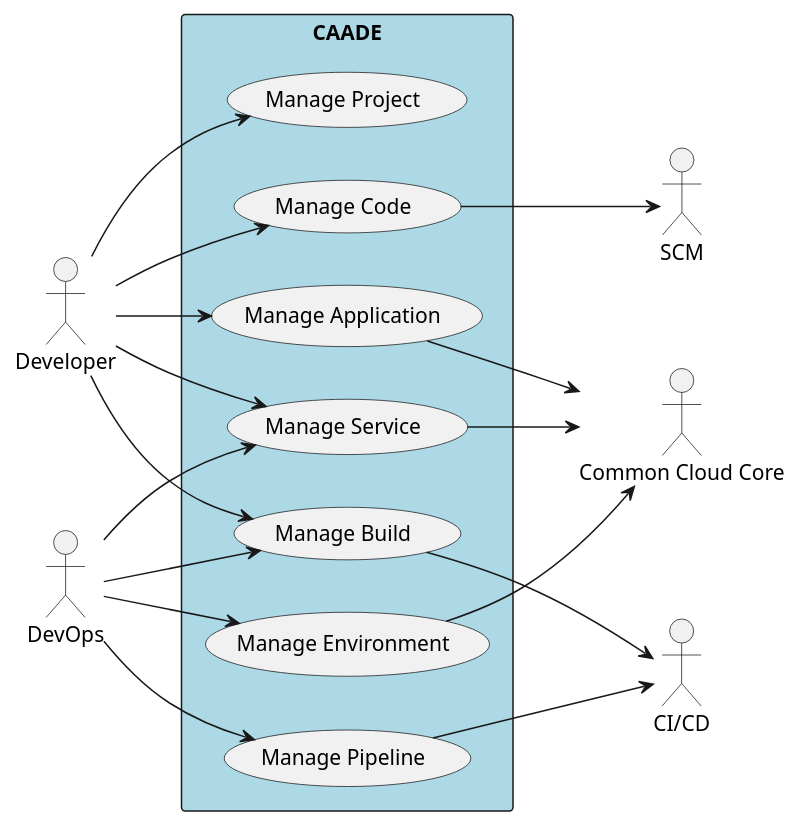
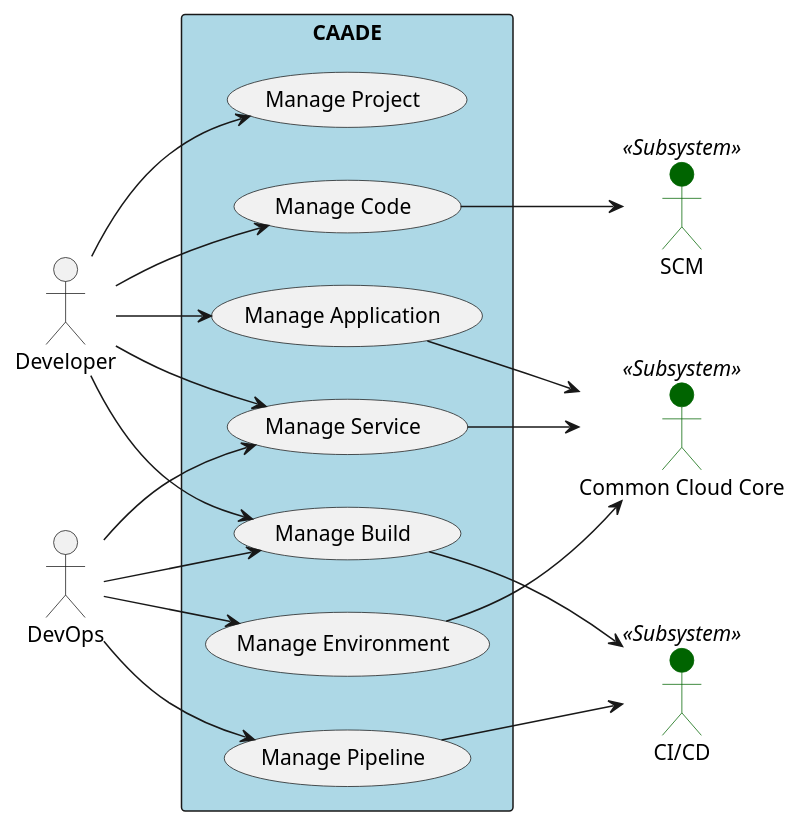
The diagram in docs/UseCases/UseCases.puml (CAADE/CAADE), drawn with PlantUML before and after one commit. The commit also changed 16 other files, not shown here.

```diff
--- a/docs/UseCases/UseCases.puml
+++ b/docs/UseCases/UseCases.puml
@@ -1,38 +1,44 @@
 @startuml
 
+
 left to right direction
+skinparam actor {
+    BorderColor<<Subsystem>> darkgreen
+    BackgroundColor<<Subsystem>> darkgreen
 
-:Developer: as Dev
-:DevOps: as DevOps
-:Common Cloud Core: as C3
-:SCM: as SCM
-:CI/CD: as CICD
+}
+
+actor :Developer: as Dev
+actor :DevOps: as DevOps
+actor :Common Cloud Core: <<Subsystem>> as C3
+actor :SCM: <<Subsystem>> as SCM
+actor :CI/CD: <<Subsystem>> as CICD
 
 rectangle CAADE #lightblue {
     (Manage Application) as MA
     (Manage Code) as MC
     (Manage Build) as MB
     (Manage Environment) as ME
     (Manage Pipeline) as MP
     (Manage Project) as MProj
     (Manage Service) as MS
 }
 
 DevOps --> MB
 DevOps --> ME
 DevOps --> MP
 DevOps --> MS
 Dev --> MA
 Dev --> MC
 Dev --> MB
 Dev --> MProj
 Dev --> MS
 
 MC --> SCM
 ME --> C3
 MB --> CICD
 MP --> CICD
 MA --> C3
 MS --> C3
 
 @enduml
```
